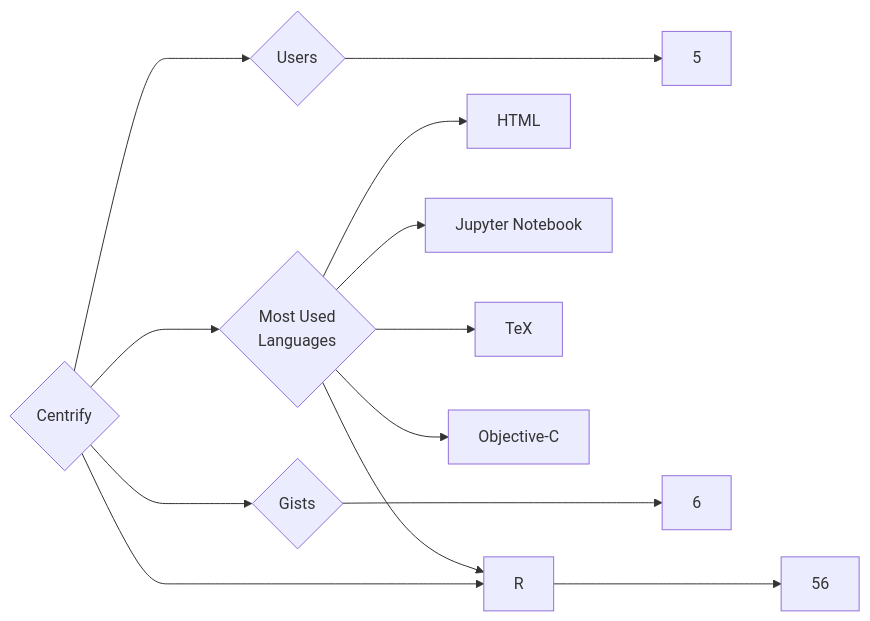
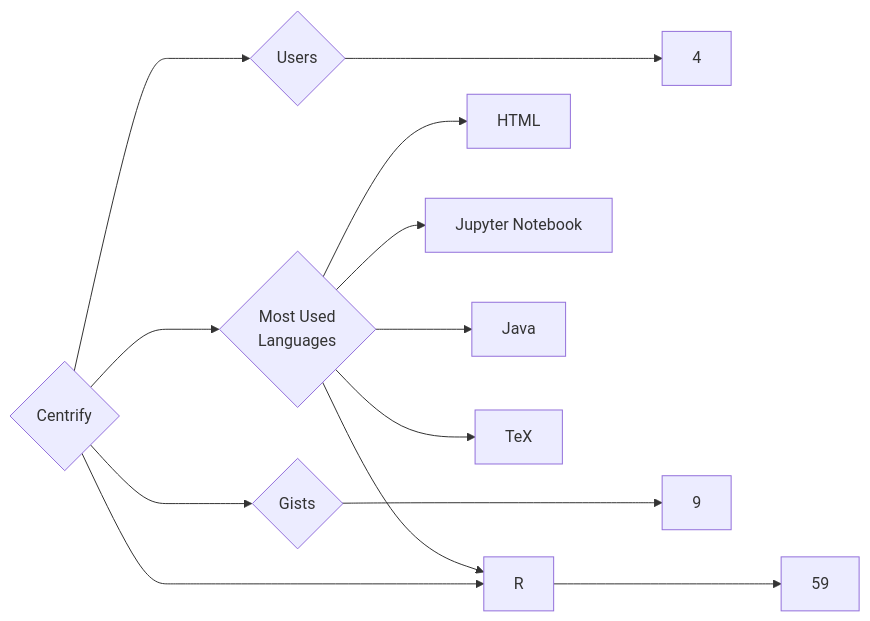
One commit to trickest/insiders changed the diagram in targets/Centrify/README.md. Above: the diagram before and after it, drawn with Mermaid. The commit also changed 925 other files, not shown here.

````diff
--- a/targets/Centrify/README.md
+++ b/targets/Centrify/README.md
@@ -3,13 +3,13 @@
 ```mermaid
 graph LR
 COMPANY_NAME{Centrify}
-COMPANY_NAME ---> U{Users} ---> UN[5]
-COMPANY_NAME ---> R{Repositories} ---> RN[56]
-COMPANY_NAME ---> G{Gists} ---> GN[6]
+COMPANY_NAME ---> U{Users} ---> UN[4]
+COMPANY_NAME ---> R{Repositories} ---> RN[59]
+COMPANY_NAME ---> G{Gists} ---> GN[9]
 COMPANY_NAME ---> ML{Most Used<br>Languages}
 ML --> HTML[HTML]
 ML --> Jupyter_Notebook[Jupyter Notebook]
+ML --> Java[Java]
 ML --> R[R]
 ML --> TeX[TeX]
-ML --> Objective-C[Objective-C]
 ```
````
